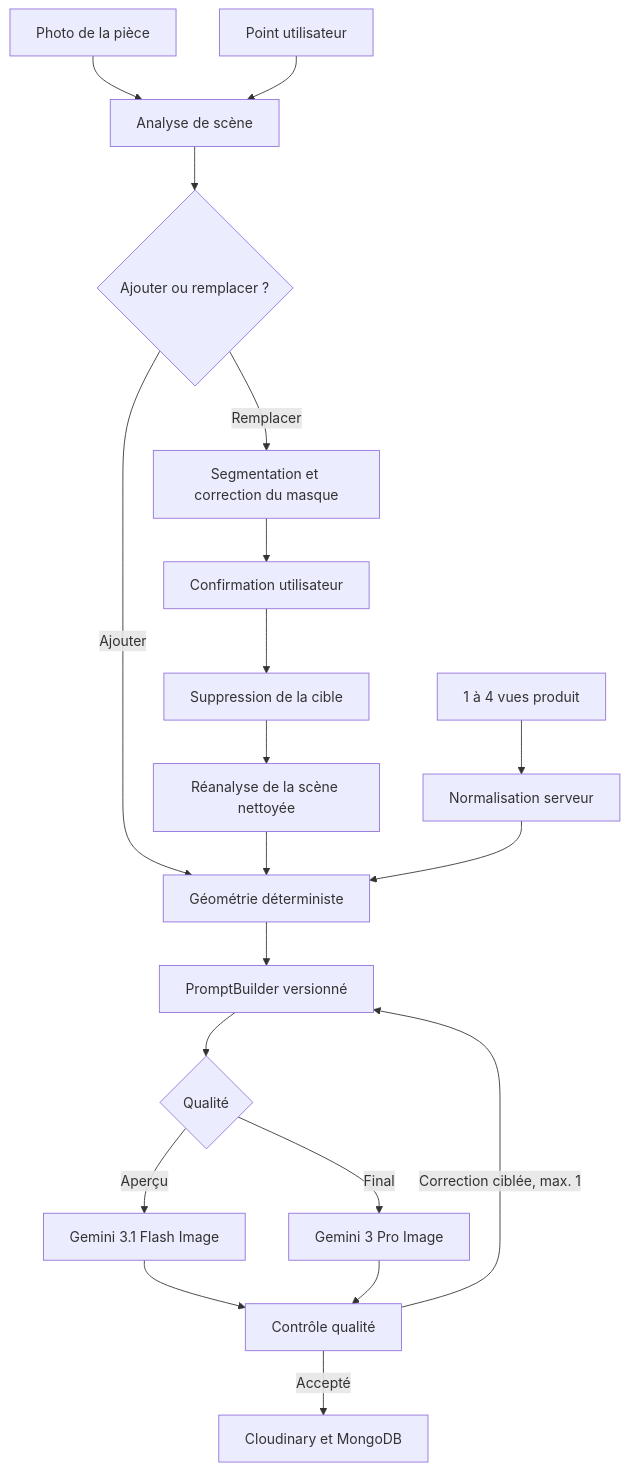
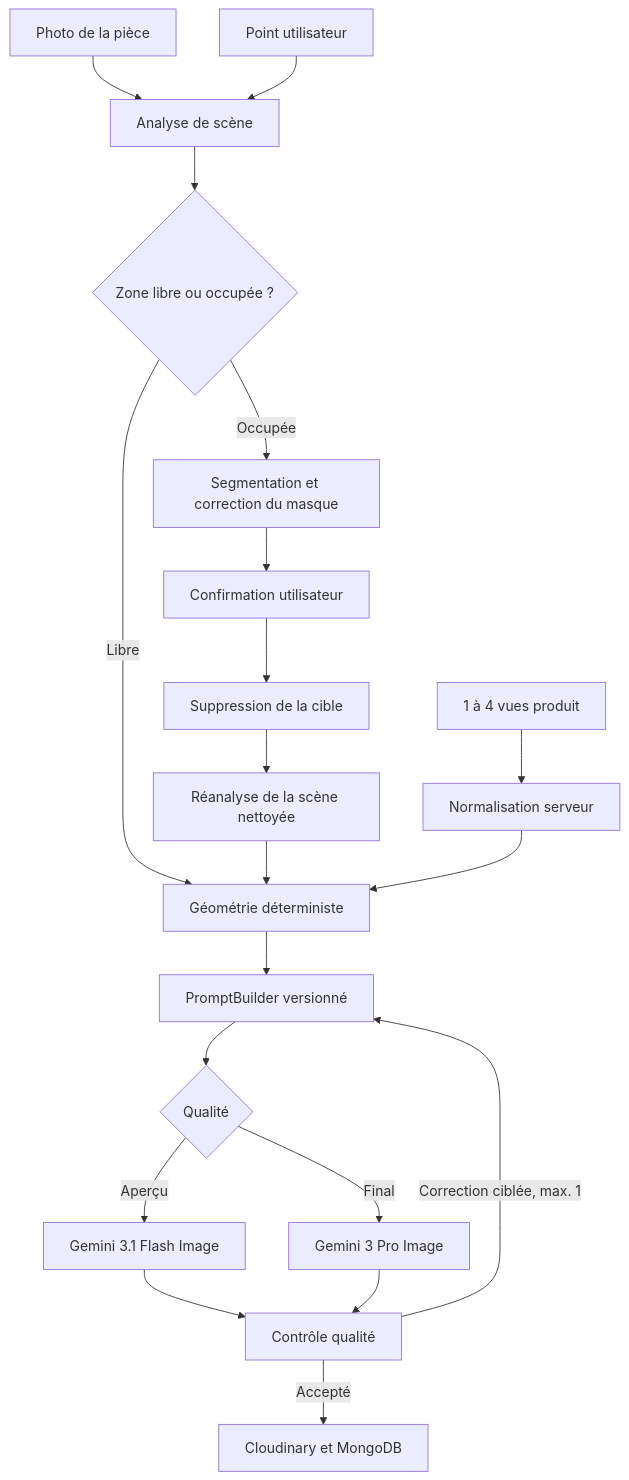
Before and after one commit to GameNotCreator/lilidecoai: the diagram in docs/architecture.md, drawn with Mermaid. The commit also changed other lines of this file and 18 other files, not shown here.

````diff
--- a/docs/architecture.md
+++ b/docs/architecture.md
@@ -11,22 +11,22 @@
 ```mermaid
 flowchart TD
     A["1 à 4 vues produit"] --> N["Normalisation serveur"]
     B["Photo de la pièce"] --> S["Analyse de scène"]
     C["Point utilisateur"] --> S
-    S --> M{"Ajouter ou remplacer ?"}
-    M -->|"Ajouter"| G["Géométrie déterministe"]
-    M -->|"Remplacer"| K["Segmentation et correction du masque"]
+    S --> M{"Zone libre ou occupée ?"}
+    M -->|"Libre"| G["Géométrie déterministe"]
+    M -->|"Occupée"| K["Segmentation et correction du masque"]
     K --> X["Confirmation utilisateur"]
     X --> R["Suppression de la cible"]
     R --> S2["Réanalyse de la scène nettoyée"]
     S2 --> G
     N --> G
     G --> P["PromptBuilder versionné"]
     P --> Q{"Qualité"}
     Q -->|"Aperçu"| F["Gemini 3.1 Flash Image"]
     Q -->|"Final"| H["Gemini 3 Pro Image"]
     F --> V["Contrôle qualité"]
     H --> V
     V -->|"Correction ciblée, max. 1"| P
     V -->|"Accepté"| D["Cloudinary et MongoDB"]
 ```
````
